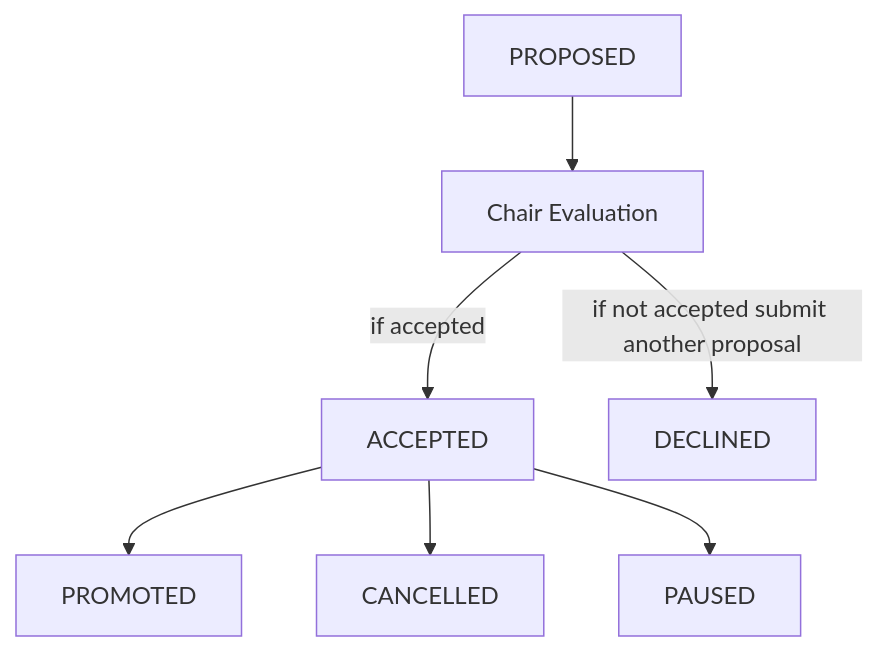
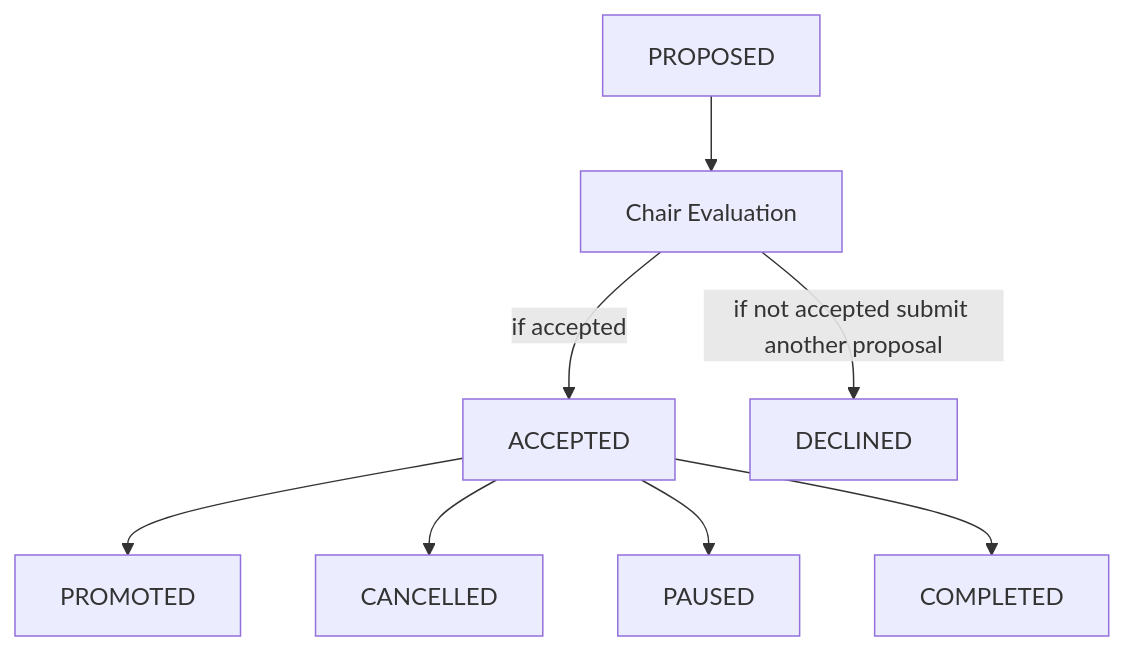
Before and after one commit to decentralized-identity/labs: the diagram in docs/process.md, drawn with Mermaid. The commit also changed other lines of this file, not shown here.

````diff
--- a/docs/process.md
+++ b/docs/process.md
@@ -57,7 +58,8 @@
 ```mermaid
 graph TD
   Proposed[PROPOSED] --> ChairEvaluation[Chair Evaluation] --> |if accepted| ACCEPTED[ACCEPTED] --> PROMOTED
   ChairEvaluation -->|if not accepted submit another proposal| DECLINED
   ACCEPTED --> CANCELLED
   ACCEPTED --> PAUSED
+  ACCEPTED --> COMPLETED
 ```
````
